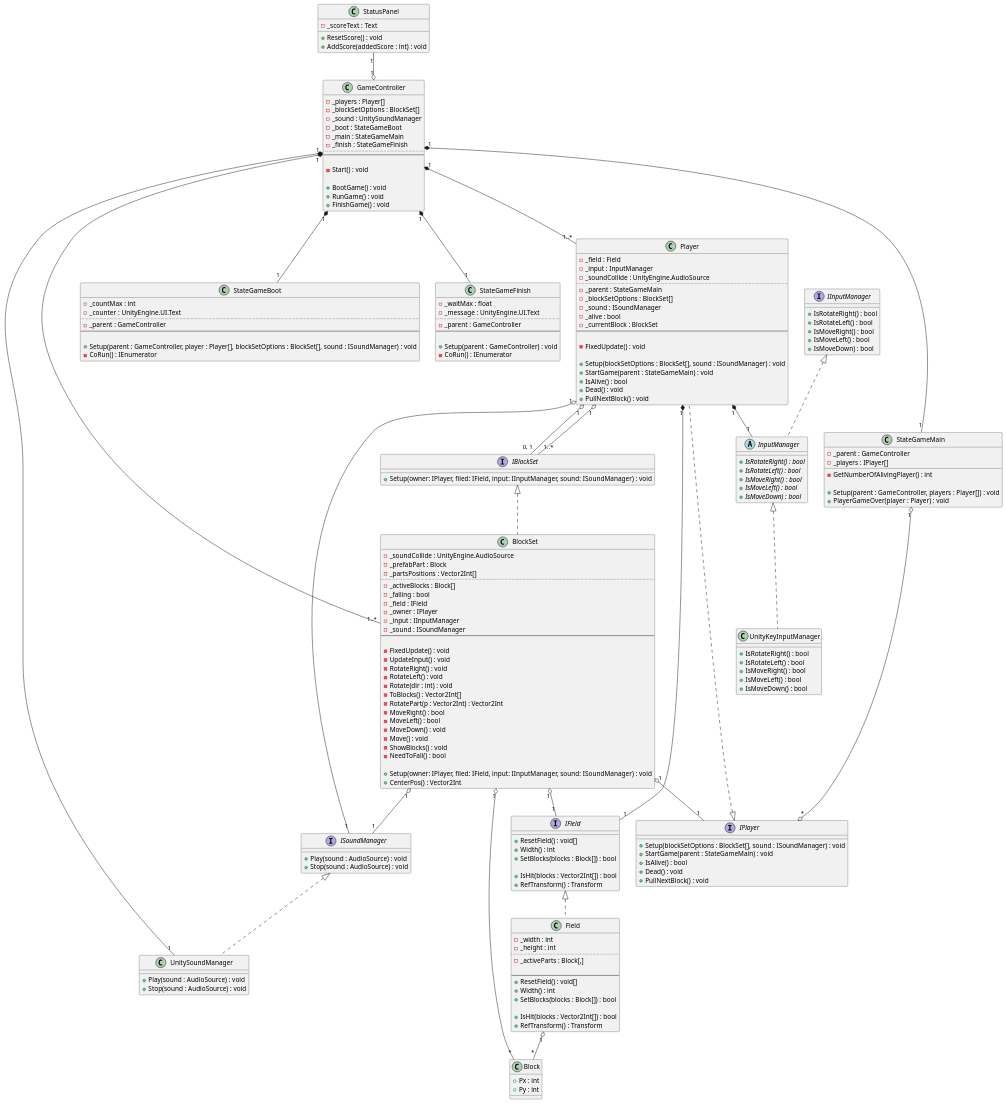
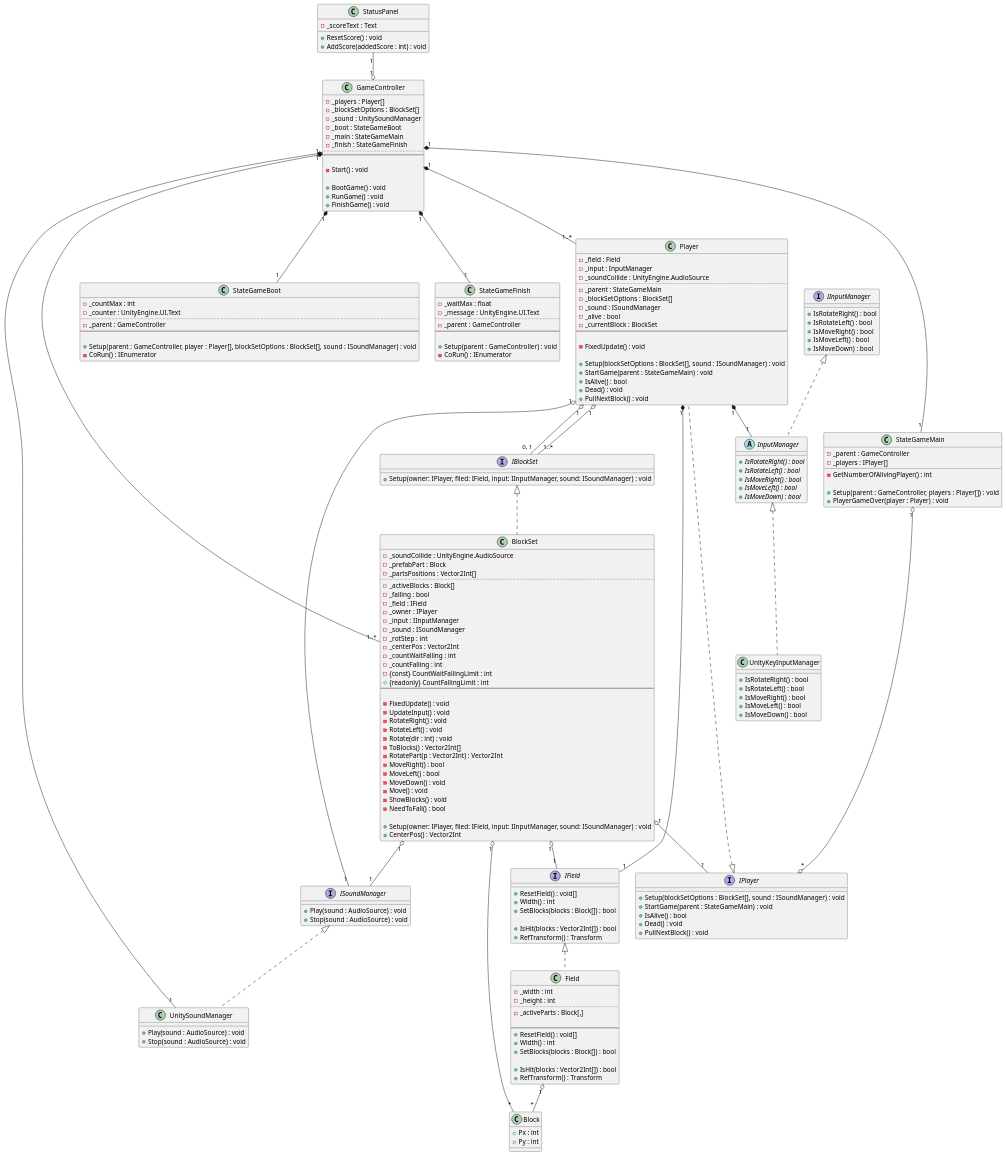
The diagram in Documents/PlantUML/CD_Main.pu (azarashin/UnityTetris), drawn with PlantUML before and after one commit. The commit also changed 2 other files, not shown here.

```diff
--- a/Documents/PlantUML/CD_Main.pu
+++ b/Documents/PlantUML/CD_Main.pu
@@ -166,6 +166,12 @@
     - _owner : IPlayer
     - _input : IInputManager
     - _sound : ISoundManager
+    - _rotStep : int
+    - _centerPos : Vector2Int
+    - _countWaitFalling : int
+    - _countFalling : int
+    - {const} CountWaitFallingLimit : int
+    + {readonly} CountFallingLimit : int
     --
 
     - FixedUpdate() : void
```
